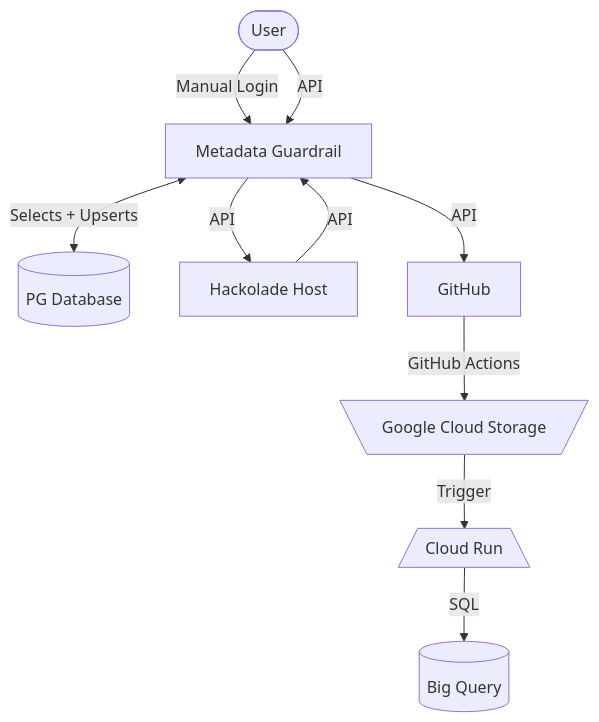
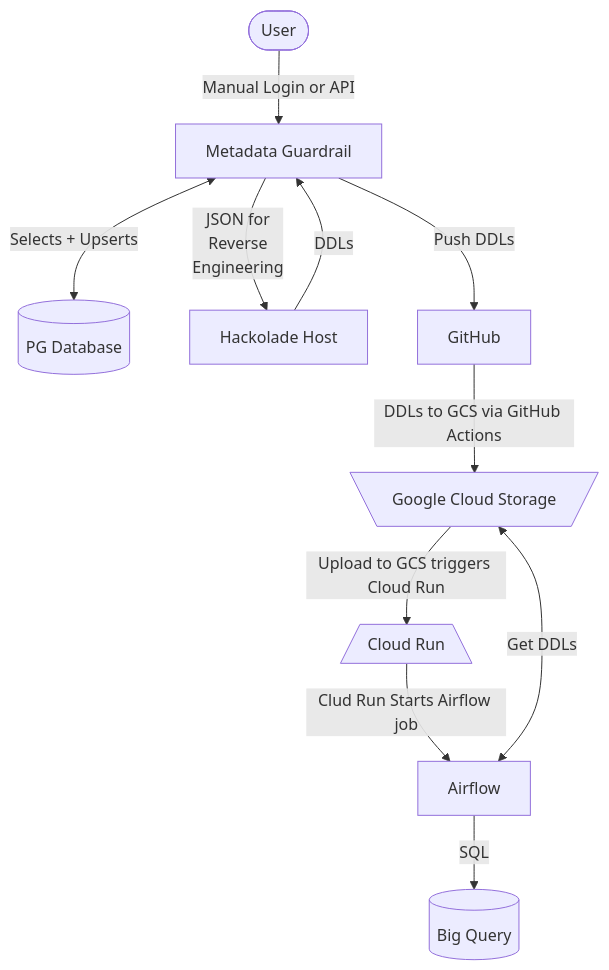
One commit to notaCS-glitch/mgh_resume changed the diagram in README.md. Above: the diagram before and after it, drawn with Mermaid. The commit also changed other lines of this file, not shown here.

````diff
--- a/README.md
+++ b/README.md
@@ -59,12 +62,15 @@
      ```mermaid
      graph TD;
-     User([User]) -->|Manual Login| MG[Metadata Guardrail]
-     User -->|API| MG
+     User([User]) -->|Manual Login or API| MG[Metadata Guardrail]
      MG <--> |Selects + Upserts| DB[(PG Database)]
-     MG --> |API| Hack[Hackolade Host]
-     Hack --> |API| MG
-     MG --> |API| GH[GitHub]
-     GH --> |GitHub Actions| GCS[\Google Cloud Storage/]
-     GCS --> |Trigger| CR[/Cloud Run\]
-     CR --> |SQL| BQ[(Big Query)]
+     MG --> |JSON for 
+        Reverse 
+        Engineering| Hack[Hackolade Host]
+     Hack --> |DDLs| MG
+     MG --> |Push DDLs| GH[GitHub]
+     GH --> |DDLs to GCS via GitHub Actions| GCS[\Google Cloud Storage/]
+     GCS --> |Upload to GCS triggers Cloud Run| CR[/Cloud Run\]
+     CR --> |Clud Run Starts Airflow job| AF[Airflow]
+     AF <--> |Get DDLs| GCS
+     AF --> |SQL| BQ[(Big Query)]
      ```
````
